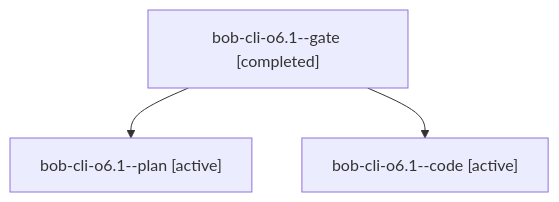
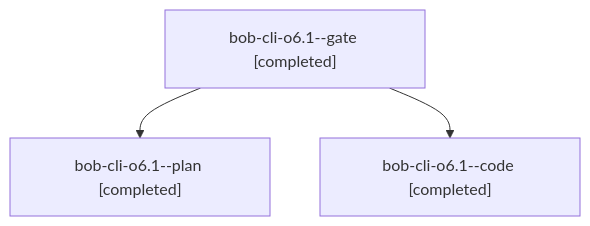
Before and after one commit to bobs-org/bob-cli--agents: the diagram in sessions/bbugyi200.athena.bob-cli-o6.1.md, drawn with Mermaid. The commit also changed other lines of this file and 31 other files, not shown here.

````diff
--- a/sessions/bbugyi200.athena.bob-cli-o6.1.md
+++ b/sessions/bbugyi200.athena.bob-cli-o6.1.md
@@ -9,8 +9,8 @@
 ```mermaid
 flowchart TD
   n0["bob-cli-o6.1--gate [completed]"]
-  n1["bob-cli-o6.1--plan [active]"]
+  n1["bob-cli-o6.1--plan [completed]"]
   n0 --> n1
-  n2["bob-cli-o6.1--code [active]"]
+  n2["bob-cli-o6.1--code [completed]"]
   n0 --> n2
 ```
````
